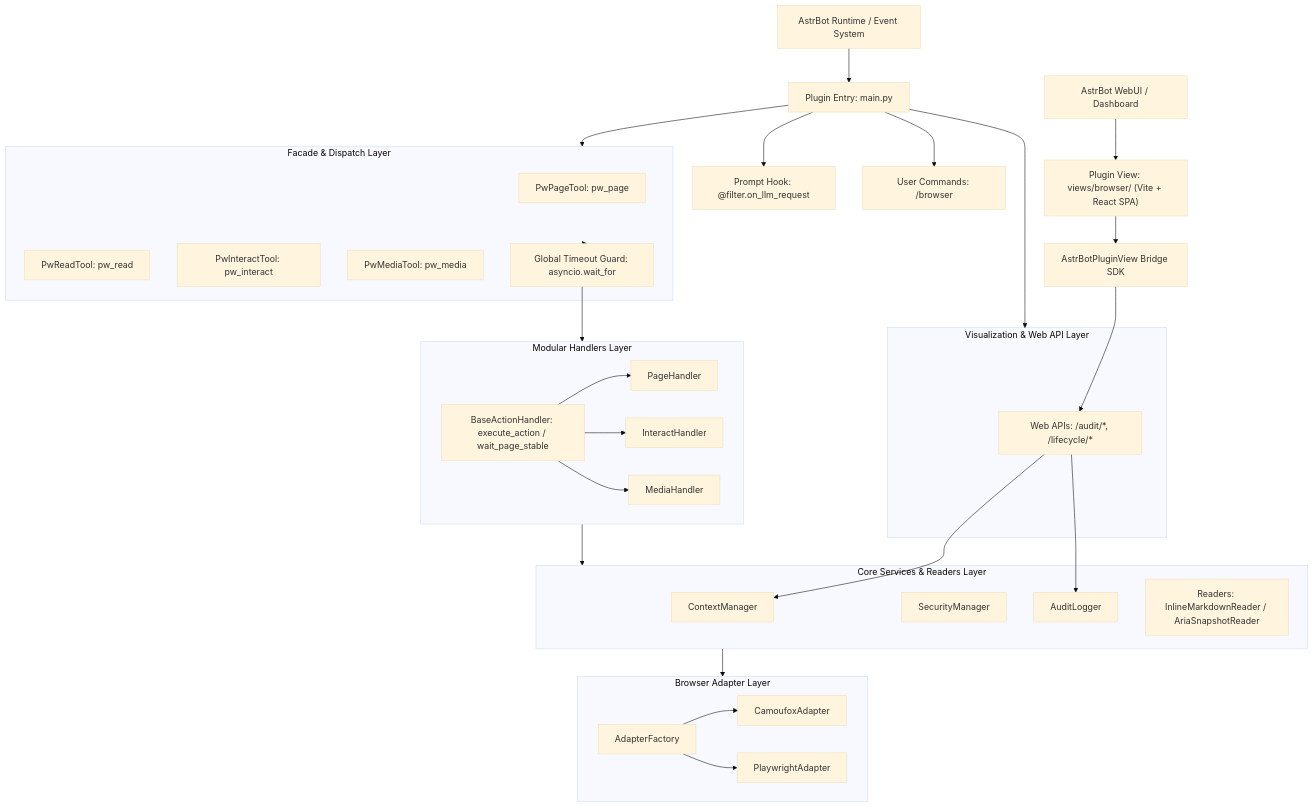
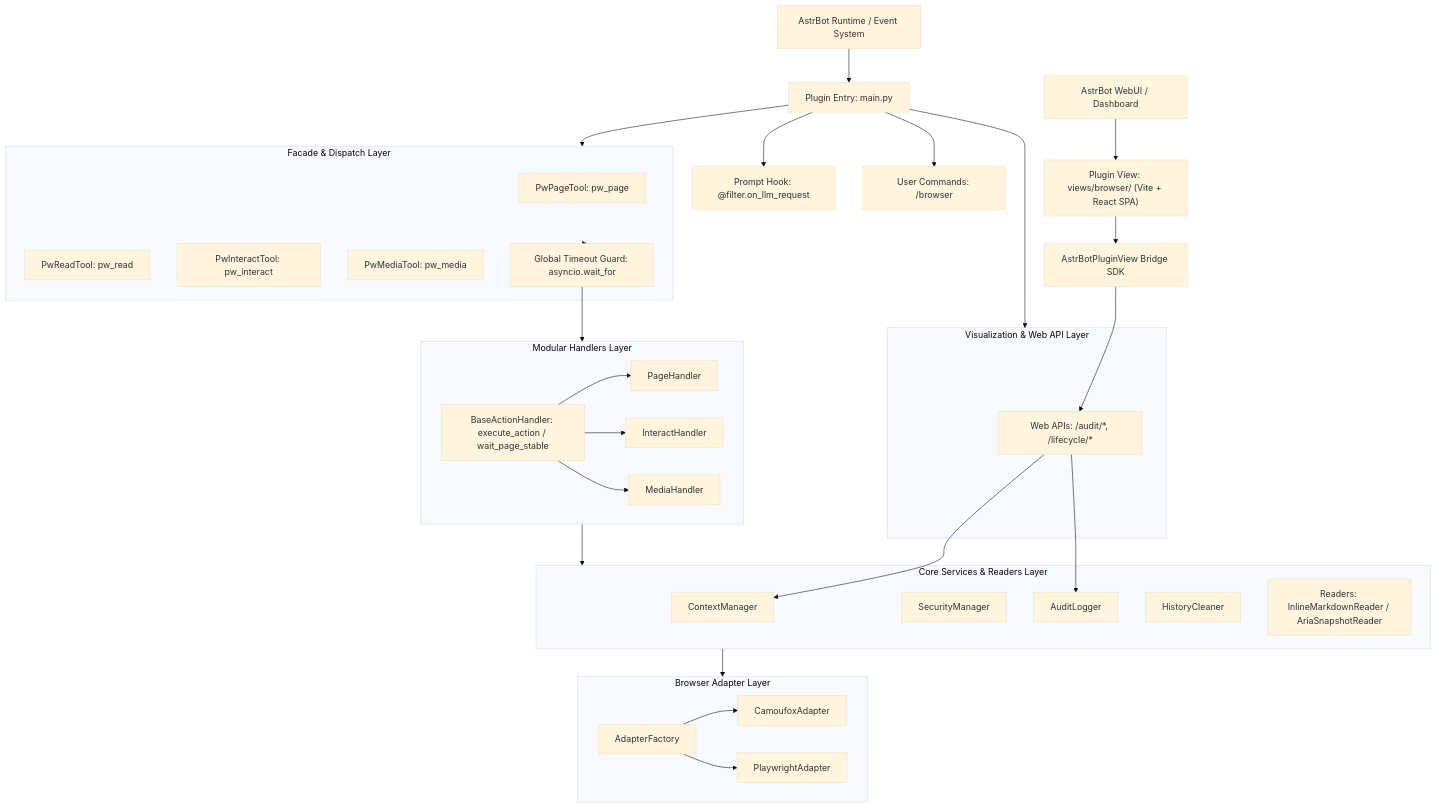
One commit to SmileYik/astrbot_plugin_playwright_tools changed the first of 2 diagrams in docs/ARCHITECTURE.md. Above: the diagram before and after it, drawn with Mermaid (base theme). The commit also changed other lines of this file and 6 other files, not shown here.

````diff
--- a/docs/ARCHITECTURE.md
+++ b/docs/ARCHITECTURE.md
@@ -11,63 +11,64 @@
 ```mermaid
 flowchart TD
     AstrBot[AstrBot Runtime / Event System]
     PluginEntry[Plugin Entry: main.py]
     PromptHook["Prompt Hook: @filter.on_llm_request"]
     Cmds["User Commands: /browser"]
     WebUI["AstrBot WebUI / Dashboard"]
     BrowserView["Plugin View: views/browser/ (Vite + React SPA)"]
     Bridge["AstrBotPluginView Bridge SDK"]
     
     subgraph ViewLayer [Visualization & Web API Layer]
         WebAPI["Web APIs: /audit/*, /lifecycle/*"]
     end
 
     subgraph FacadeLayer [Facade & Dispatch Layer]
         PwPage[PwPageTool: pw_page]
         PwRead[PwReadTool: pw_read]
         PwInteract[PwInteractTool: pw_interact]
         PwMedia[PwMediaTool: pw_media]
         TimeoutWrapper["Global Timeout Guard: asyncio.wait_for"]
     end
 
     subgraph HandlerLayer [Modular Handlers Layer]
         BaseActionHandler["BaseActionHandler: execute_action / wait_page_stable"]
         PageHandler[PageHandler]
         InteractHandler[InteractHandler]
         MediaHandler[MediaHandler]
         BaseActionHandler --> PageHandler
         BaseActionHandler --> InteractHandler
         BaseActionHandler --> MediaHandler
     end
 
     subgraph CoreLayer [Core Services & Readers Layer]
         CtxMgr[ContextManager]
         SecMgr[SecurityManager]
         AuditLog[AuditLogger]
+        HistoryCleaner[HistoryCleaner]
         Readers["Readers: InlineMarkdownReader / AriaSnapshotReader"]
     end
 
     subgraph AdaptLayer [Browser Adapter Layer]
         Factory[AdapterFactory]
         Camoufox[CamoufoxAdapter]
         Playwright[PlaywrightAdapter]
         Factory --> Camoufox
         Factory --> Playwright
     end
 
     AstrBot --> PluginEntry
     PluginEntry --> PromptHook
     PluginEntry --> Cmds
     PluginEntry --> FacadeLayer
     PluginEntry --> ViewLayer
     FacadeLayer --> TimeoutWrapper
     TimeoutWrapper --> HandlerLayer
     HandlerLayer --> CoreLayer
     CoreLayer --> AdaptLayer
 
     WebUI --> BrowserView
     BrowserView --> Bridge
     Bridge --> WebAPI
     WebAPI --> AuditLog
     WebAPI --> CtxMgr
 ```
````
